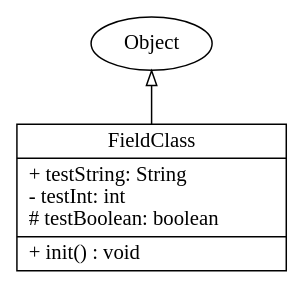
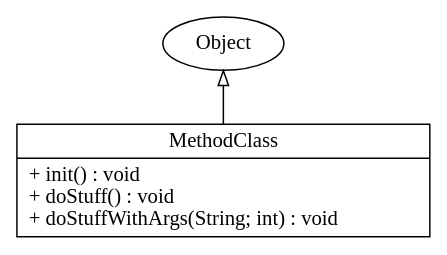
Before and after one commit to tpunt3/Csse374: the diagram in input_output/test.gv, drawn with Graphviz. The commit also changed 3 other files, not shown here.

Commit message:
wrote two tests - one for field and one for method

```diff
--- a/input_output/test.gv
+++ b/input_output/test.gv
@@ -1,10 +1,10 @@
 digraph model{
 rankdir = BT;
-FieldClass [
+MethodClass [
 shape="record",
-label = "{FieldClass| + testString: String\l- testInt: int\l# testBoolean: boolean\l|+ init() : void\l}"
+label = "{MethodClass| + init() : void\l+ doStuff() : void\l+ doStuffWithArgs(String; int) : void\l}"
 ];
 
 //writing relations between classes now
-FieldClass -> Object [arrowhead = "empty"];
+MethodClass -> Object [arrowhead = "empty"];
 }
```
